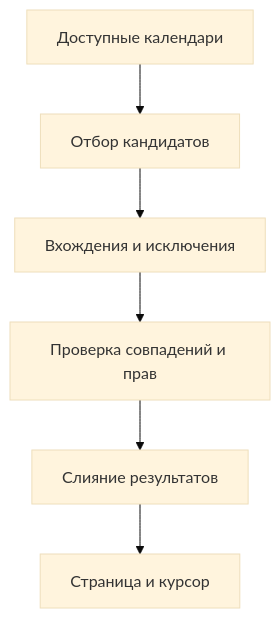
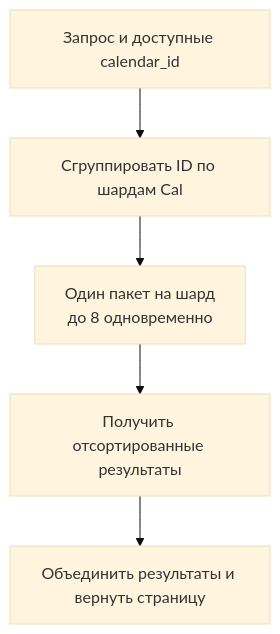
Before and after one commit to Klumaks/Highload_Google_Calendar: the fourth of 5 diagrams in README.md, drawn with Mermaid (base theme). The commit also changed other lines of this file, not shown here.

````diff
--- a/README.md
+++ b/README.md
@@ -887,8 +863,7 @@
 ```mermaid
 flowchart TB
-    A["Доступные календари"] --> B["Отбор кандидатов"]
-    B --> C["Вхождения и исключения"]
-    C --> D["Проверка совпадений и прав"]
-    D --> E["Слияние результатов"]
-    E --> F["Страница и курсор"]
+    A["Запрос и доступные calendar_id"] --> B["Сгруппировать ID по шардам Cal"]
+    B --> C["Один пакет на шард<br/>до 8 одновременно"]
+    C --> D["Получить отсортированные результаты"]
+    D --> E["Объединить результаты и вернуть страницу"]
 ```
````
